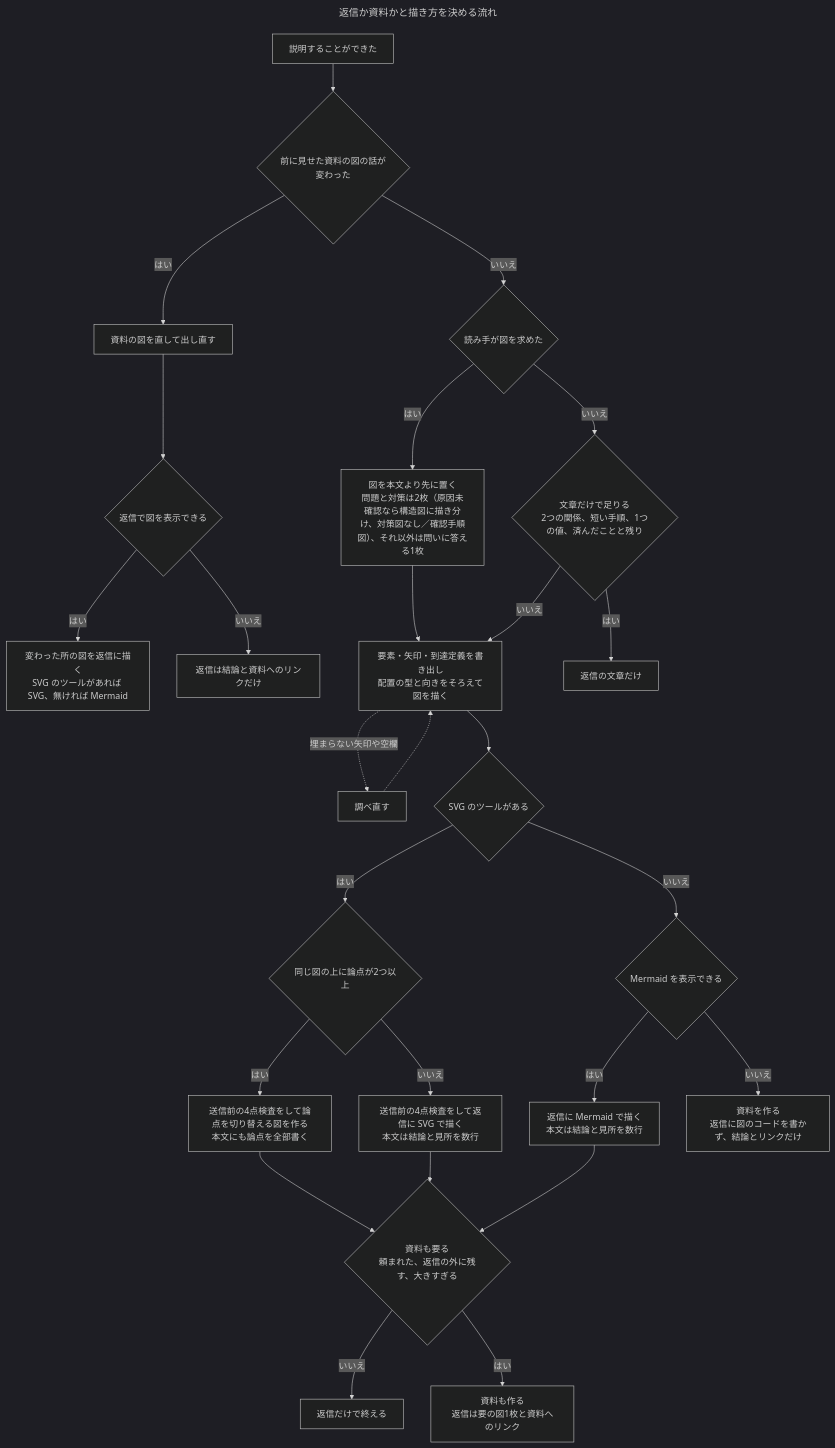
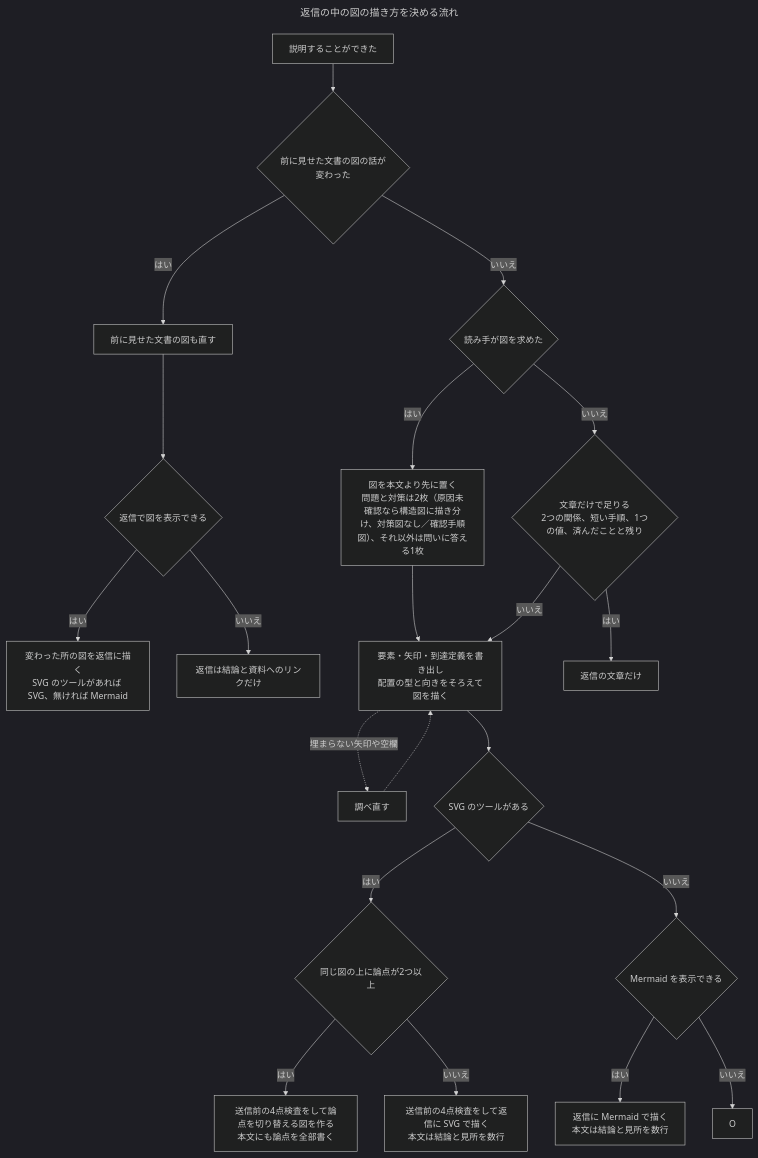
The diagram in plugins/figure-docs/skills/figure-docs/SKILL.md (u-ichi/agent-plugins), drawn with Mermaid (dark theme) before and after one commit. The commit also changed other lines of this file and 3 other files, not shown here.

Commit message:
figure-docs: 対象を図を表示できる出力先での図の作成に絞り、文書形式やPR・issueの記述を外す

````diff
--- a/plugins/figure-docs/skills/figure-docs/SKILL.md
+++ b/plugins/figure-docs/skills/figure-docs/SKILL.md
@@ -62,29 +63,24 @@
 ```mermaid
 ---
-title: 返信か資料かと描き方を決める流れ
+title: 返信の中の図の描き方を決める流れ
 ---
 flowchart TB
-  A[説明することができた] --> H{前に見せた資料の図の話が変わった}
-  H -- はい --> I[資料の図を直して出し直す]
+  A[説明することができた] --> H{前に見せた文書の図の話が変わった}
+  H -- はい --> I[前に見せた文書の図も直す]
   I --> J{返信で図を表示できる}
   J -- はい --> K["変わった所の図を返信に描く<br>SVG のツールがあれば SVG、無ければ Mermaid"]
   J -- いいえ --> L[返信は結論と資料へのリンクだけ]
   H -- いいえ --> Q{読み手が図を求めた}
   Q -- はい --> C1["図を本文より先に置く<br>問題と対策は2枚（原因未確認なら構造図に描き分け、対策図なし／確認手順図）、それ以外は問いに答える1枚"] --> C
   Q -- いいえ --> B{"文章だけで足りる<br>2つの関係、短い手順、1つの値、済んだことと残り"}
   B -- はい --> T[返信の文章だけ]
   B -- いいえ --> C["要素・矢印・到達定義を書き出し<br>配置の型と向きをそろえて図を描く"]
   C -. 埋まらない矢印や空欄 .-> R[調べ直す] -.-> C
   C --> D1{SVG のツールがある}
   D1 -- はい --> P{同じ図の上に論点が2つ以上}
   P -- はい --> P2["送信前の4点検査をして論点を切り替える図を作る<br>本文にも論点を全部書く"]
   P -- いいえ --> D2["送信前の4点検査をして返信に SVG で描く<br>本文は結論と見所を数行"]
   D1 -- いいえ --> D3{Mermaid を表示できる}
   D3 -- はい --> D4["返信に Mermaid で描く<br>本文は結論と見所を数行"]
-  D3 -- いいえ --> G2["資料を作る<br>返信に図のコードを書かず、結論とリンクだけ"]
-  P2 --> E
-  D2 --> E{"資料も要る<br>頼まれた、返信の外に残す、大きすぎる"}
-  D4 --> E
-  E -- いいえ --> F[返信だけで終える]
-  E -- はい --> G1["資料も作る<br>返信は要の図1枚と資料へのリンク"]
+  D3 -- いいえ --> O
 ```
````
